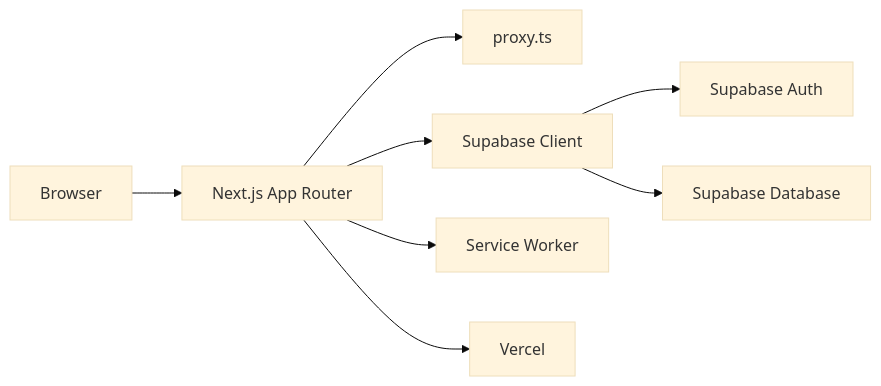
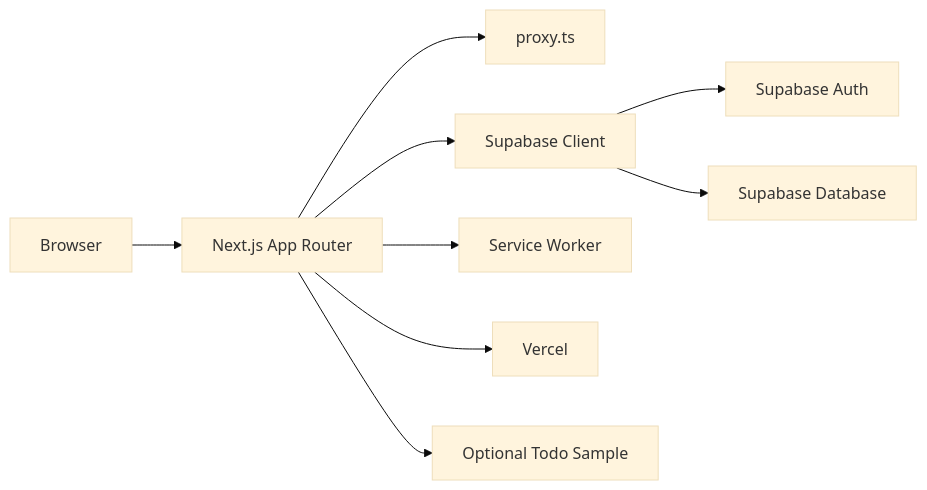
One commit to k-systems202208/nextjs-supabase-vercel-webapp-template changed the first of 5 diagrams in docs/ARCHITECTURE.md. Above: the diagram before and after it, drawn with Mermaid (base theme). The commit also changed other lines of this file and 15 other files, not shown here.

````diff
--- a/docs/ARCHITECTURE.md
+++ b/docs/ARCHITECTURE.md
@@ -9,10 +9,11 @@
 ```mermaid
 flowchart LR
     U["Browser"] --> N["Next.js App Router"]
     N --> P["proxy.ts"]
     N --> SB["Supabase Client"]
     SB --> SA["Supabase Auth"]
     SB --> DB["Supabase Database"]
     N --> SW["Service Worker"]
     N --> V["Vercel"]
+    N --> SAMPLE["Optional Todo Sample"]
 ```
````
